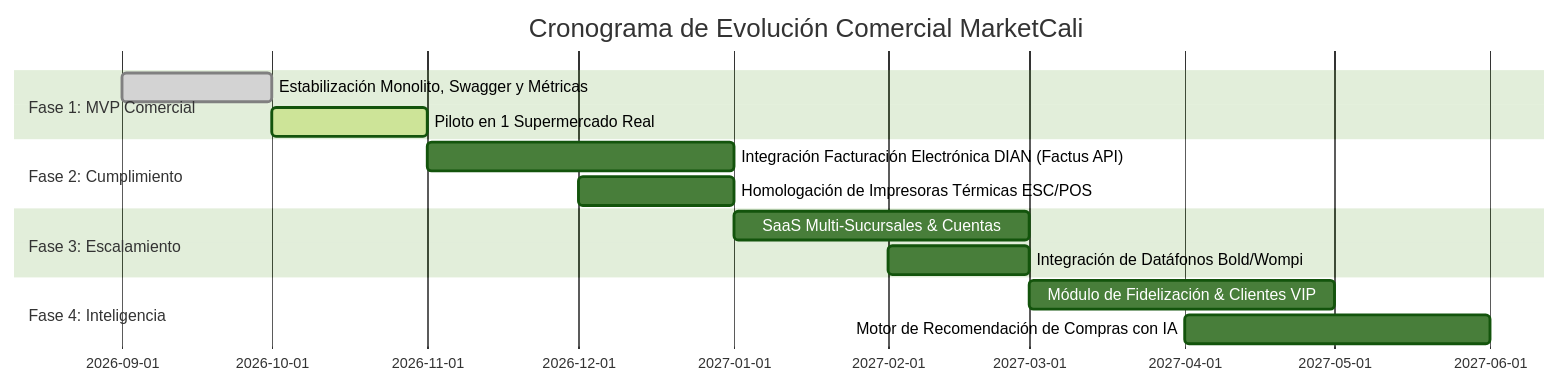
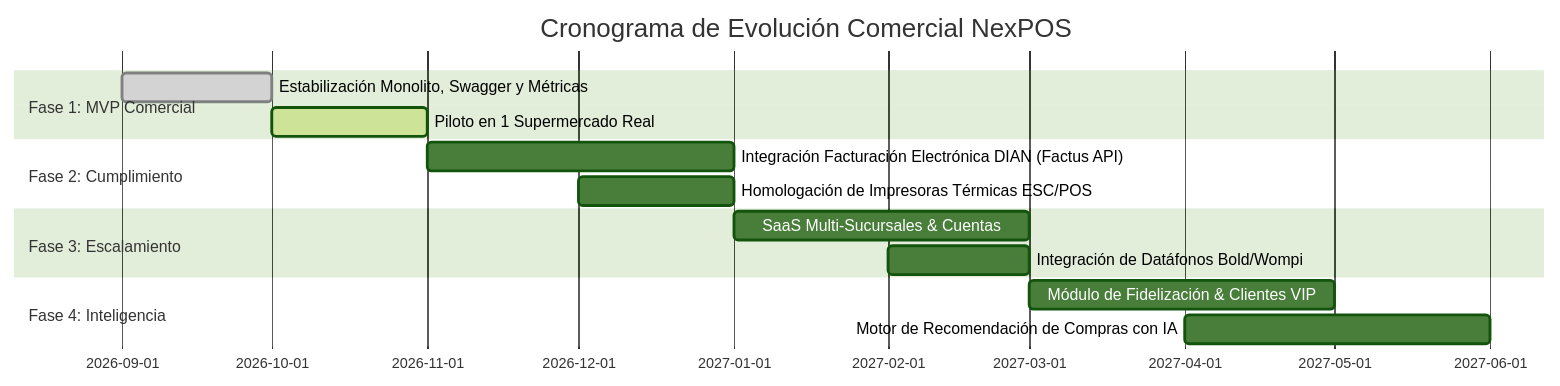
Before and after one commit to miguelortiz13/nexpos-backend: the third of 3 diagrams in docs/COMMERCIAL_ROADMAP.md, drawn with Mermaid (forest theme). The commit also changed other lines of this file and 1 other file, not shown here.

Commit message:
docs: standardize platform branding from MarketCali to NexPOS across SDLC and roadmap

````diff
--- a/docs/COMMERCIAL_ROADMAP.md
+++ b/docs/COMMERCIAL_ROADMAP.md
@@ -151,17 +151,17 @@
 ```mermaid
 gantt
-    title Cronograma de Evolución Comercial MarketCali
+    title Cronograma de Evolución Comercial NexPOS
     dateFormat  YYYY-MM
     section Fase 1: MVP Comercial
     Estabilización Monolito, Swagger y Métricas :done, 2026-09, 2026-10
     Piloto en 1 Supermercado Real :active, 2026-10, 2026-11
     section Fase 2: Cumplimiento
     Integración Facturación Electrónica DIAN (Factus API) : 2026-11, 2027-01
     Homologación de Impresoras Térmicas ESC/POS : 2026-12, 2027-01
     section Fase 3: Escalamiento
     SaaS Multi-Sucursales & Cuentas : 2027-01, 2027-03
     Integración de Datáfonos Bold/Wompi : 2027-02, 2027-03
     section Fase 4: Inteligencia
     Módulo de Fidelización & Clientes VIP : 2027-03, 2027-05
     Motor de Recomendación de Compras con IA : 2027-04, 2027-06
 ```
````
